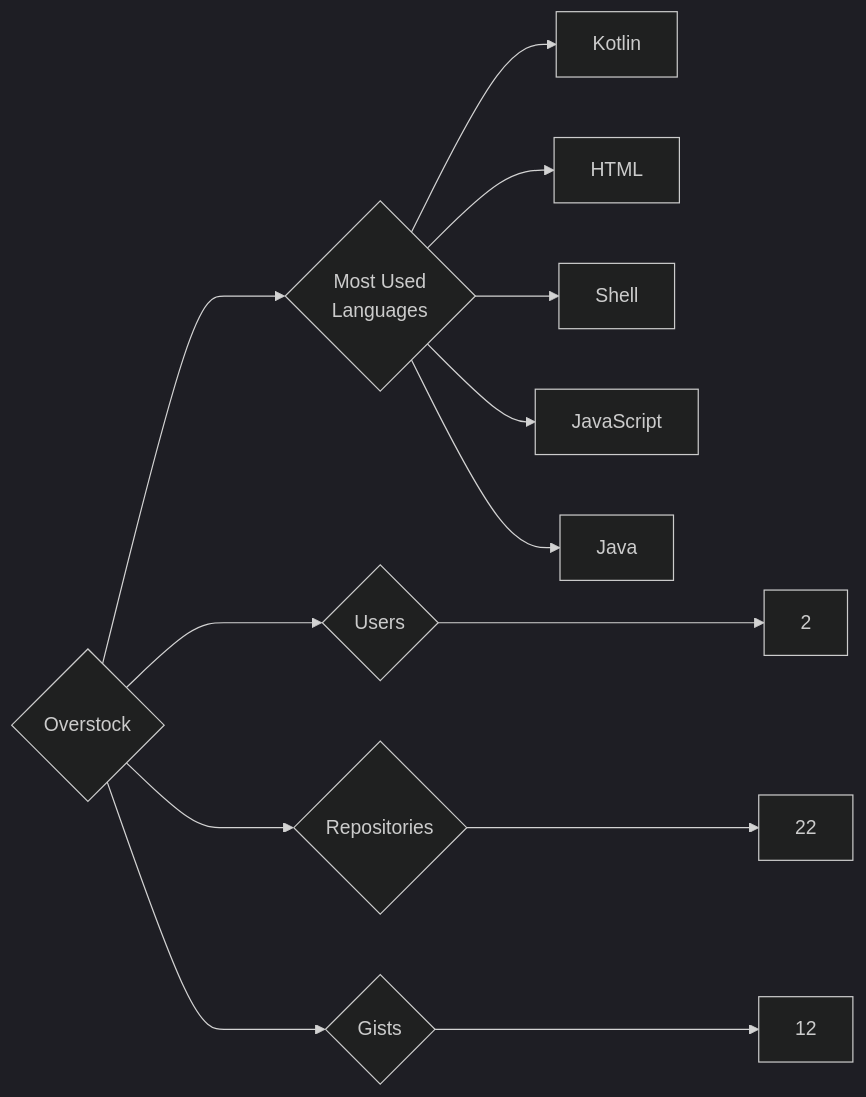
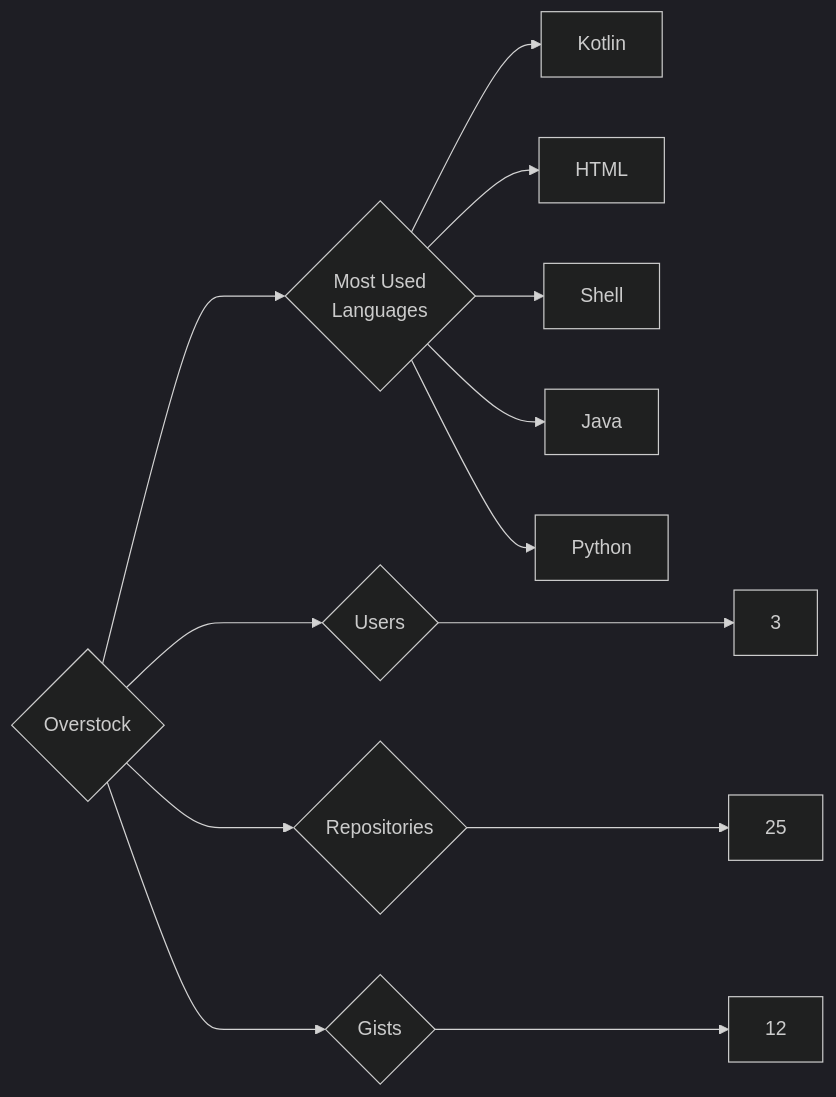
Before and after one commit to trickest/insiders: the diagram in targets/Overstock/README.md, drawn with Mermaid (dark theme). The commit also changed 444 other files, not shown here.

````diff
--- a/targets/Overstock/README.md
+++ b/targets/Overstock/README.md
@@ -3,13 +3,13 @@
 ```mermaid
 graph LR
 COMPANY_NAME{Overstock}
-COMPANY_NAME ---> U{Users} ---> UN[2]
-COMPANY_NAME ---> R{Repositories} ---> RN[22]
+COMPANY_NAME ---> U{Users} ---> UN[3]
+COMPANY_NAME ---> R{Repositories} ---> RN[25]
 COMPANY_NAME ---> G{Gists} ---> GN[12]
 COMPANY_NAME ---> ML{Most Used<br>Languages}
 ML --> Kotlin[Kotlin]
 ML --> HTML[HTML]
 ML --> Shell[Shell]
-ML --> JavaScript[JavaScript]
 ML --> Java[Java]
+ML --> Python[Python]
 ```
````
